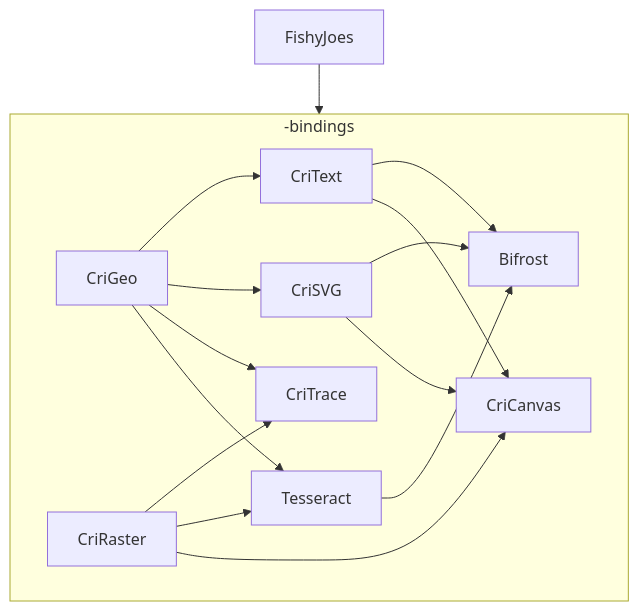
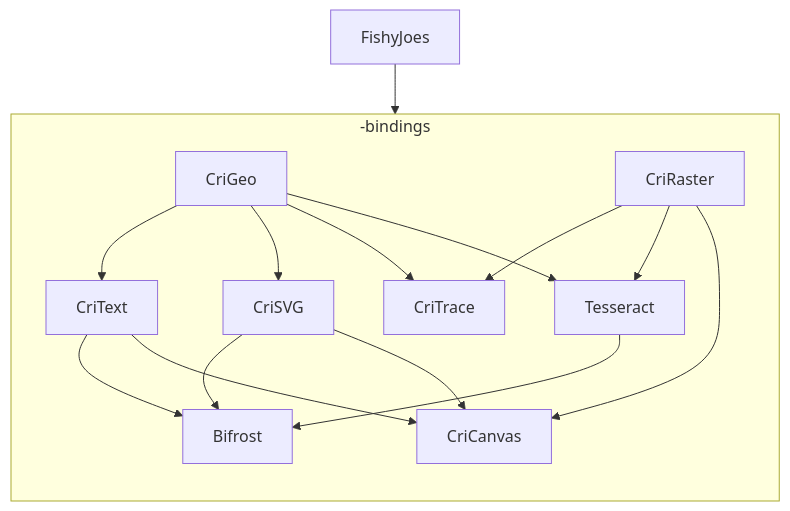
One commit to cricut/FishyJoes changed the diagram in documentation/downstream-repo-dependencies.md. Above: the diagram before and after it, drawn with Mermaid.

Commit message:
docs: Restore dependency diagram layout direction

````diff
--- a/documentation/downstream-repo-dependencies.md
+++ b/documentation/downstream-repo-dependencies.md
@@ -1,13 +1,14 @@
 ```mermaid
-graph TD;
+graph TB;
 FishyJoes --> -bindings;
-subgraph -bindings
+subgraph -bindings;
+direction TB;
 CriGeo --> CriText;
 CriGeo --> CriSVG;
 CriGeo & CriRaster --> CriTrace;
 CriGeo & CriRaster  --> Tesseract;
 Tesseract & CriSVG & CriText --> Bifrost;
 CriSVG --> CriCanvas;
 CriText & CriRaster --> CriCanvas;
 end
 ```
````
